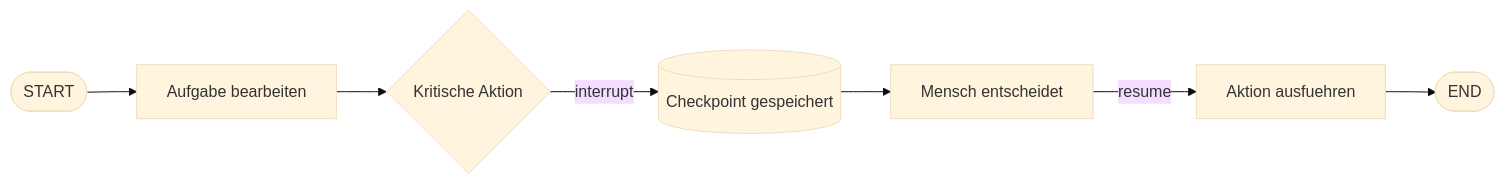
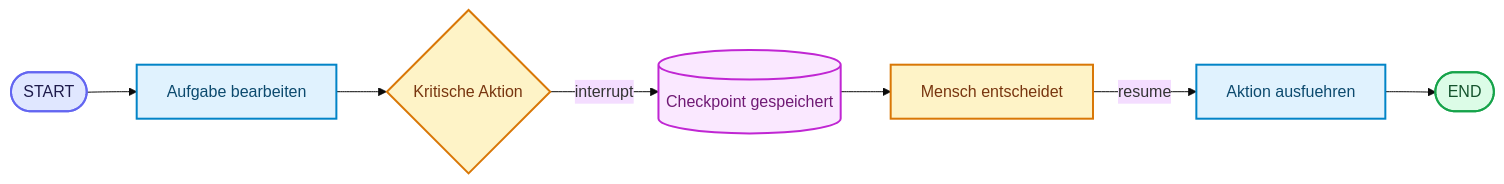
Before and after one commit to ralf-42/Agenten: the third of 3 diagrams in docs/04-agenten-implementierung/ablauf-zustand/checkpointing-persistenz.md, drawn with Mermaid (base theme). The commit also changed other lines of this file and 18 other files, not shown here.

````diff
--- a/docs/04-agenten-implementierung/ablauf-zustand/checkpointing-persistenz.md
+++ b/docs/04-agenten-implementierung/ablauf-zustand/checkpointing-persistenz.md
@@ -229,9 +245,20 @@
 ```mermaid
 flowchart LR
     A([START]) --> B[Aufgabe bearbeiten]
     B --> C{Kritische Aktion}
     C -->|interrupt| D[(Checkpoint gespeichert)]
     D --> E[Mensch entscheidet]
     E -->|resume| F[Aktion ausfuehren]
     F --> G([END])
+
+    classDef default fill:#e0f2fe,stroke:#0284c7,stroke-width:2px,color:#0c4a6e;
+    classDef input fill:#e0e7ff,stroke:#6366f1,stroke-width:2px,color:#1e1b4b;
+    classDef metric fill:#fef3c7,stroke:#d97706,stroke-width:2px,color:#78350f;
+    classDef output fill:#dcfce7,stroke:#16a34a,stroke-width:2px,color:#14532d;
+    classDef target fill:#fae8ff,stroke:#c026d3,stroke-width:2px,color:#701a75;
+
+    class A input;
+    class C,E metric;
+    class G output;
+    class D target;
 ```
````
